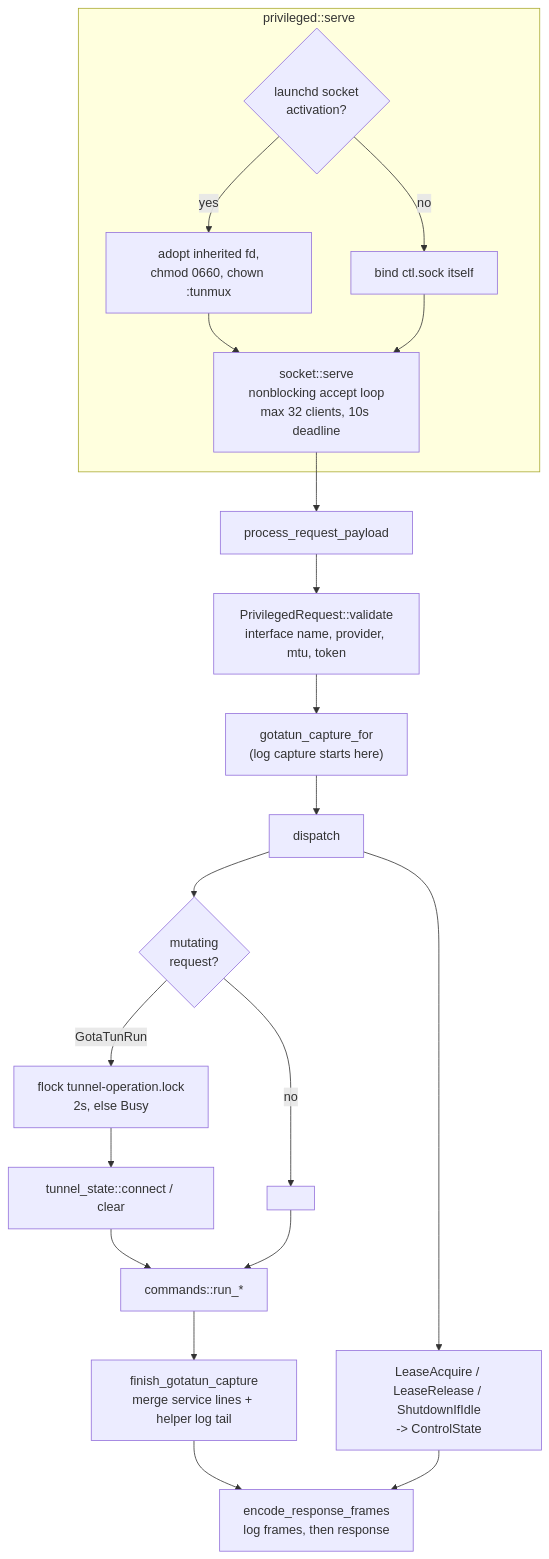
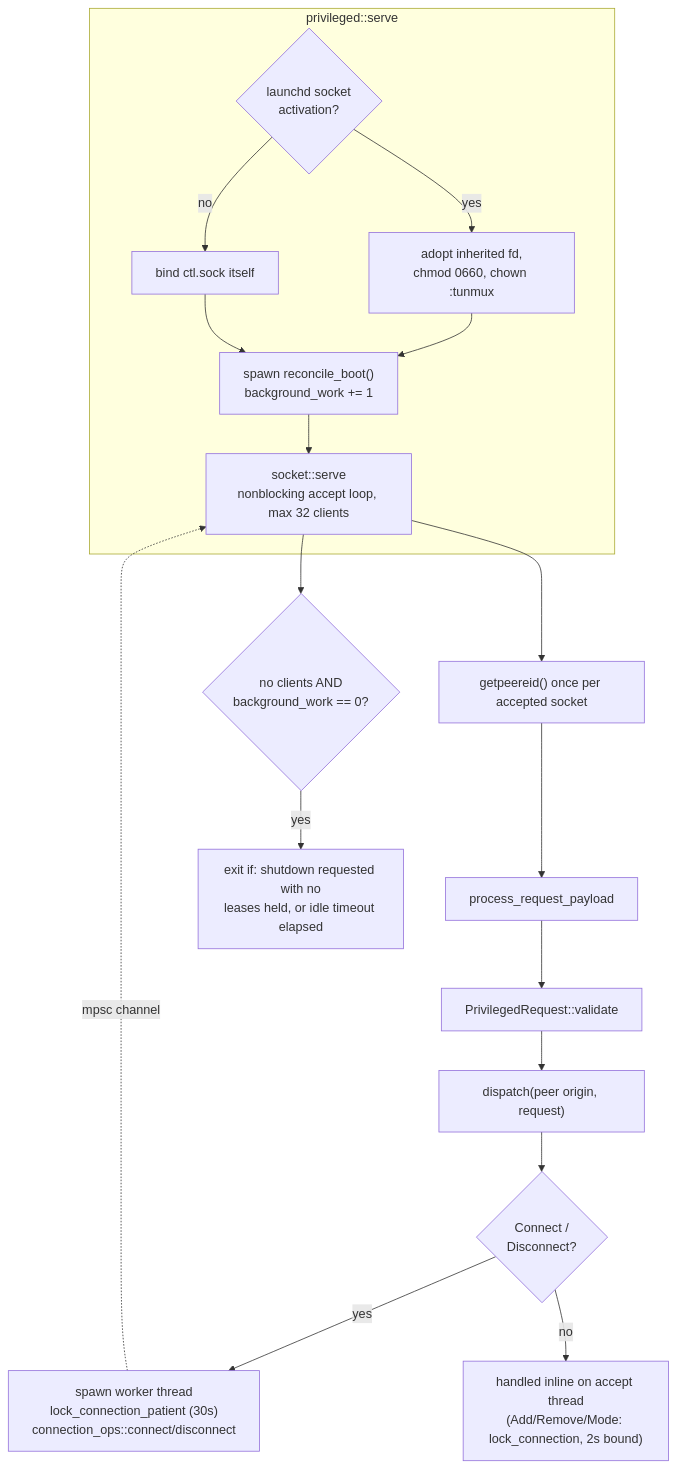
Before and after one commit to pansen/macos-wireguard-daemon: the seventh of 11 diagrams in doc/architecture.md, drawn with Mermaid. The commit also changed other lines of this file and 1 other file, not shown here.

````diff
--- a/doc/architecture.md
+++ b/doc/architecture.md
@@ -307,28 +379,25 @@
 ```mermaid
 flowchart TB
     subgraph serve["privileged::serve"]
         ACT{"launchd socket<br/>activation?"}
         ACT -->|yes| FD["adopt inherited fd,<br/>chmod 0660, chown :tunmux"]
         ACT -->|no| BIND["bind ctl.sock itself"]
-        FD --> LOOP
-        BIND --> LOOP
+        FD --> SPAWN
+        BIND --> SPAWN
+        SPAWN["spawn reconcile_boot()<br/>background_work += 1"] --> LOOP
     end
 
-    LOOP["socket::serve<br/>nonblocking accept loop<br/>max 32 clients, 10s deadline"]
-    LOOP --> PRP["process_request_payload"]
-    PRP --> VAL["PrivilegedRequest::validate<br/>interface name, provider, mtu, token"]
-    VAL --> CAP["gotatun_capture_for<br/>(log capture starts here)"]
-    CAP --> DISP["dispatch"]
+    LOOP["socket::serve<br/>nonblocking accept loop, max 32 clients"]
+    LOOP --> GPC["getpeereid() once per accepted socket"]
+    GPC --> PRP["process_request_payload"]
+    PRP --> VAL["PrivilegedRequest::validate"]
+    VAL --> DISP["dispatch(peer origin, request)"]
 
-    DISP --> MUT{"mutating<br/>request?"}
-    MUT -->|"GotaTunRun"| LOCK["flock tunnel-operation.lock<br/>2s, else Busy"]
-    MUT -->|no| SKIP[" "]
-    LOCK --> TS["tunnel_state::connect / clear"]
-    TS --> CMD["commands::run_*"]
-    SKIP --> CMD
+    DISP --> IMM{"Connect /<br/>Disconnect?"}
+    IMM -->|yes| WORK["spawn worker thread<br/>lock_connection_patient (30s)<br/>connection_ops::connect/disconnect"]
+    WORK -.->|"mpsc channel"| LOOP
+    IMM -->|no| SYNC["handled inline on accept thread<br/>(Add/Remove/Mode: lock_connection, 2s bound)"]
 
-    DISP --> CTRL["LeaseAcquire / LeaseRelease / ShutdownIfIdle<br/>-> ControlState"]
-    CMD --> FIN["finish_gotatun_capture<br/>merge service lines + helper log tail"]
-    FIN --> ENC["encode_response_frames<br/>log frames, then response"]
-    CTRL --> ENC
+    LOOP --> IDLE{"no clients AND<br/>background_work == 0?"}
+    IDLE -->|yes| EXIT["exit if: shutdown requested with no<br/>leases held, or idle timeout elapsed"]
 ```
````
